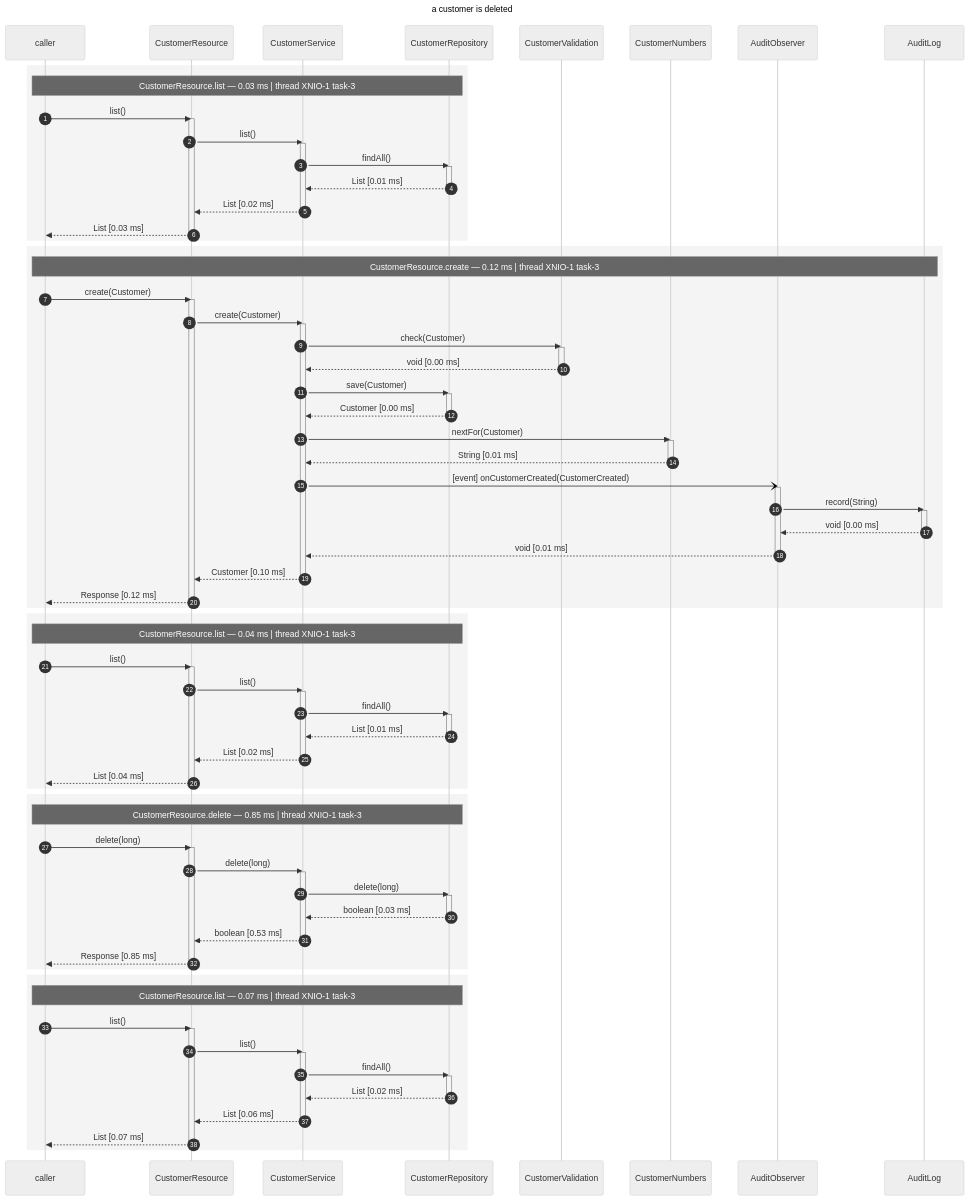
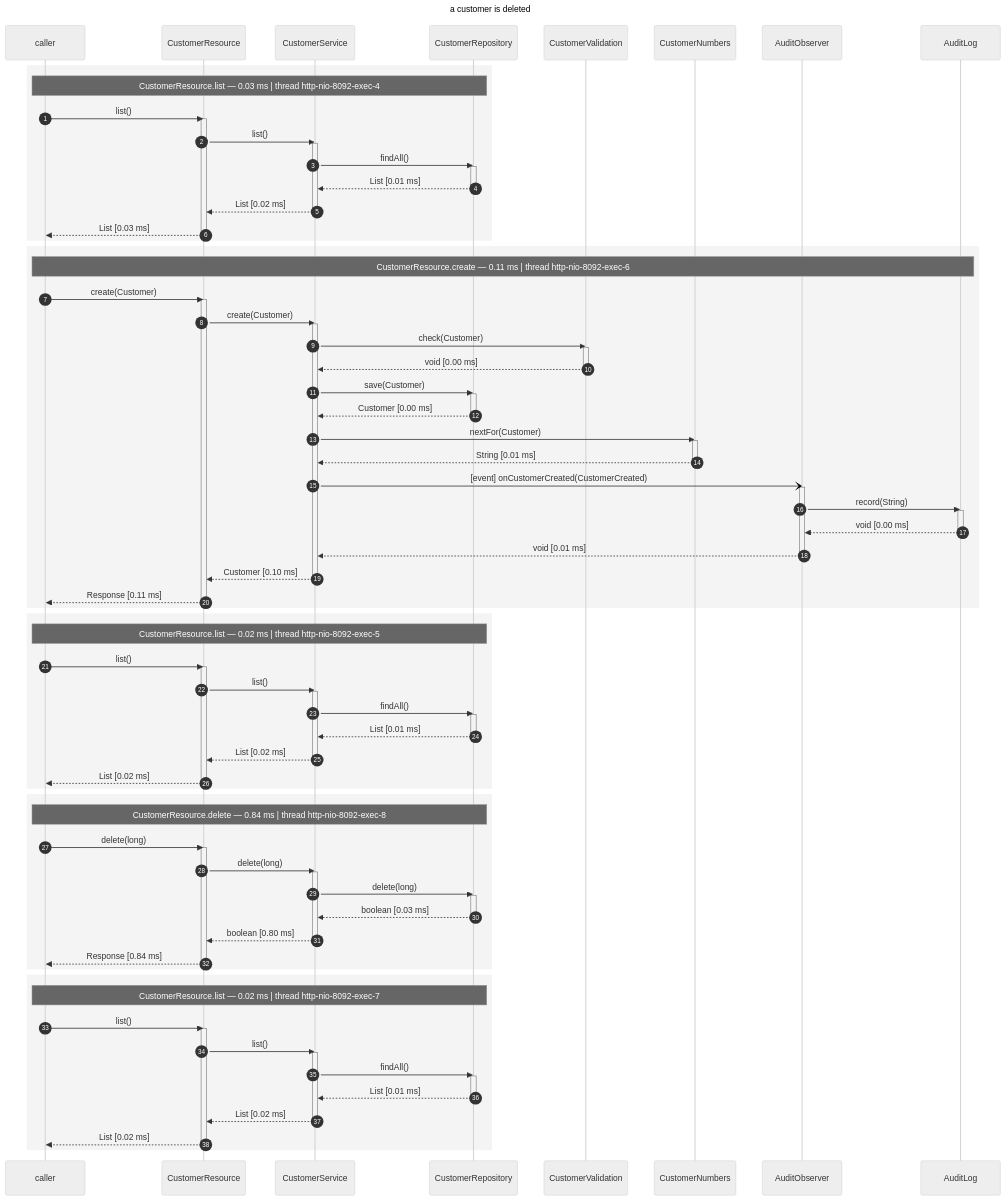
The fourth of 4 diagrams in cdi-flow-examples/cdi-flow-examples-jakarta-crud/README.md (os890/dynamic-cdi-flow-renderer), drawn with Mermaid (neutral theme) before and after one commit. The commit also changed other lines of this file and 10 other files, not shown here.

````diff
--- a/cdi-flow-examples/cdi-flow-examples-jakarta-crud/README.md
+++ b/cdi-flow-examples/cdi-flow-examples-jakarta-crud/README.md
@@ -370,7 +377,7 @@
     participant AuditObserver
     participant AuditLog
     rect rgb(244, 244, 244)
-        Note over Caller,CustomerRepository: CustomerResource.list — 0.03 ms | thread XNIO-1 task-3
+        Note over Caller,CustomerRepository: CustomerResource.list — 0.03 ms | thread http-nio-8092-exec-4
         Caller->>CustomerResource: list()
         activate CustomerResource
             CustomerResource->>CustomerService: list()
@@ -385,7 +392,7 @@
         deactivate CustomerResource
     end
     rect rgb(244, 244, 244)
-        Note over Caller,AuditLog: CustomerResource.create — 0.12 ms | thread XNIO-1 task-3
+        Note over Caller,AuditLog: CustomerResource.create — 0.11 ms | thread http-nio-8092-exec-6
         Caller->>CustomerResource: create(Customer)
         activate CustomerResource
             CustomerResource->>CustomerService: create(Customer)
@@ -412,11 +419,11 @@
                 deactivate AuditObserver
             CustomerService-->>CustomerResource: Customer [0.10 ms]
             deactivate CustomerService
-        CustomerResource-->>Caller: Response [0.12 ms]
+        CustomerResource-->>Caller: Response [0.11 ms]
         deactivate CustomerResource
     end
     rect rgb(244, 244, 244)
-        Note over Caller,CustomerRepository: CustomerResource.list — 0.04 ms | thread XNIO-1 task-3
+        Note over Caller,CustomerRepository: CustomerResource.list — 0.02 ms | thread http-nio-8092-exec-5
         Caller->>CustomerResource: list()
         activate CustomerResource
             CustomerResource->>CustomerService: list()
@@ -427,11 +434,11 @@
                 deactivate CustomerRepository
             CustomerService-->>CustomerResource: List [0.02 ms]
             deactivate CustomerService
-        CustomerResource-->>Caller: List [0.04 ms]
+        CustomerResource-->>Caller: List [0.02 ms]
         deactivate CustomerResource
     end
     rect rgb(244, 244, 244)
-        Note over Caller,CustomerRepository: CustomerResource.delete — 0.85 ms | thread XNIO-1 task-3
+        Note over Caller,CustomerRepository: CustomerResource.delete — 0.84 ms | thread http-nio-8092-exec-8
         Caller->>CustomerResource: delete(long)
         activate CustomerResource
             CustomerResource->>CustomerService: delete(long)
@@ -440,24 +447,24 @@
                 activate CustomerRepository
                 CustomerRepository-->>CustomerService: boolean [0.03 ms]
                 deactivate CustomerRepository
-            CustomerService-->>CustomerResource: boolean [0.53 ms]
+            CustomerService-->>CustomerResource: boolean [0.80 ms]
             deactivate CustomerService
-        CustomerResource-->>Caller: Response [0.85 ms]
+        CustomerResource-->>Caller: Response [0.84 ms]
         deactivate CustomerResource
     end
     rect rgb(244, 244, 244)
-        Note over Caller,CustomerRepository: CustomerResource.list — 0.07 ms | thread XNIO-1 task-3
+        Note over Caller,CustomerRepository: CustomerResource.list — 0.02 ms | thread http-nio-8092-exec-7
         Caller->>CustomerResource: list()
         activate CustomerResource
             CustomerResource->>CustomerService: list()
             activate CustomerService
                 CustomerService->>CustomerRepository: findAll()
                 activate CustomerRepository
-                CustomerRepository-->>CustomerService: List [0.02 ms]
+                CustomerRepository-->>CustomerService: List [0.01 ms]
                 deactivate CustomerRepository
-            CustomerService-->>CustomerResource: List [0.06 ms]
+            CustomerService-->>CustomerResource: List [0.02 ms]
             deactivate CustomerService
-        CustomerResource-->>Caller: List [0.07 ms]
+        CustomerResource-->>Caller: List [0.02 ms]
         deactivate CustomerResource
     end
 ```
````
